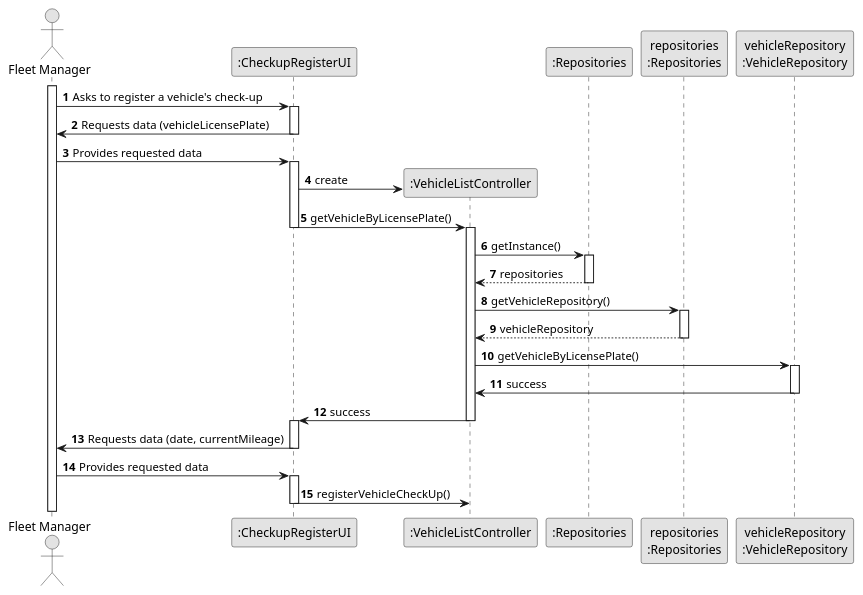
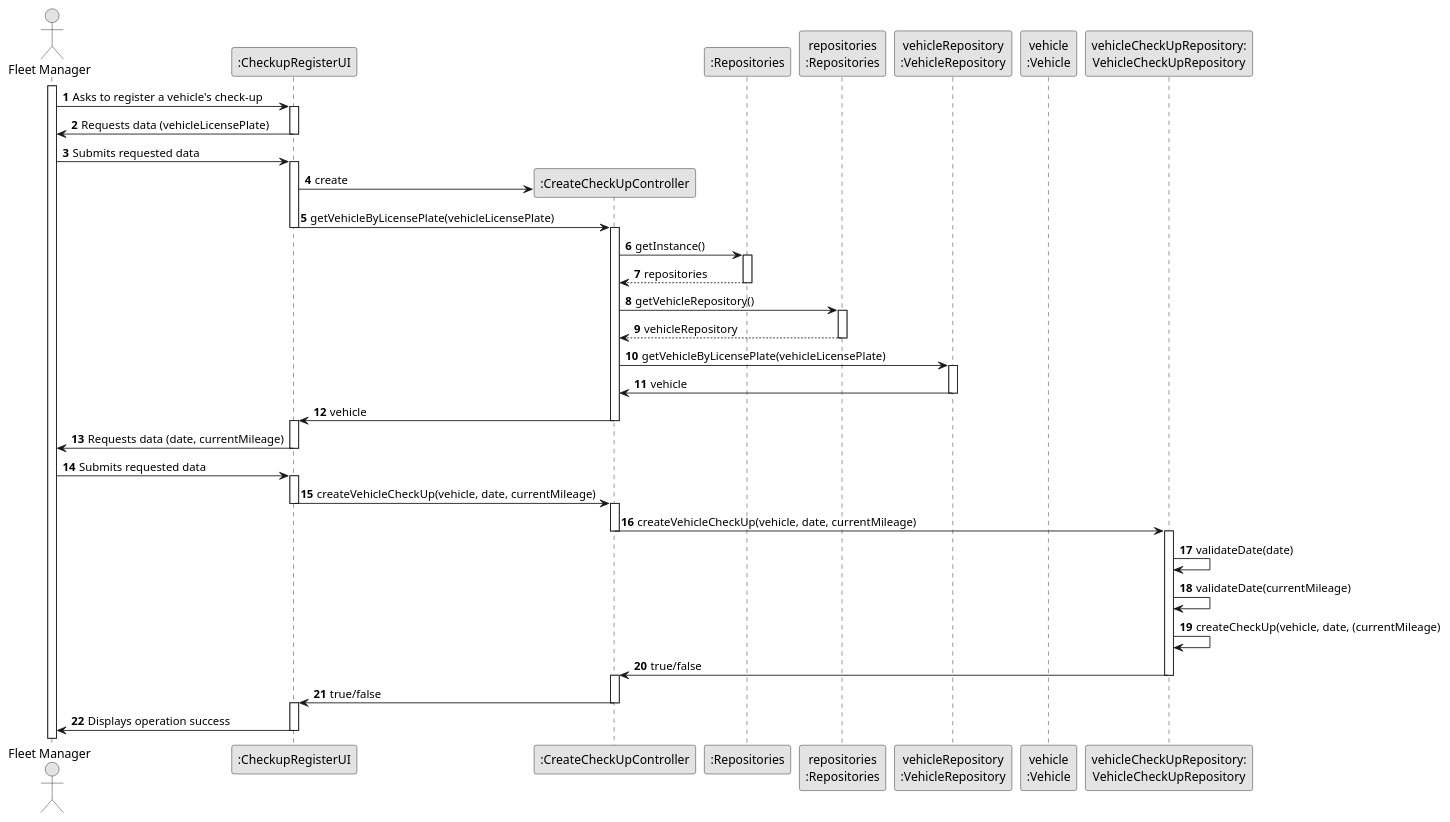
The diagram in docs/sprintB/us007/03.design/puml/us006-sequence-diagram-full.puml (SAEmanuel/Green_Spaces_Management_ISEP), drawn with PlantUML before and after one commit.

Commit message:
US07: Design update

```diff
--- a/docs/sprintB/us007/03.design/puml/us006-sequence-diagram-full.puml
+++ b/docs/sprintB/us007/03.design/puml/us006-sequence-diagram-full.puml
@@ -1,79 +1,107 @@
 @startuml
 skinparam monochrome true
 skinparam packageStyle rectangle
 skinparam shadowing false
 
 autonumber
 
 actor "Fleet Manager" as FM
 
 participant ":CheckupRegisterUI" as UI
-participant ":VehicleListController" as CTRL
+participant ":CreateCheckUpController" as CTRL
 participant ":Repositories" as RepositorySingleton
 participant "repositories\n:Repositories" as PLAT
 participant "vehicleRepository\n:VehicleRepository" as vehicleRepository
+participant "vehicle\n:Vehicle" as VEHICLE
+participant "vehicleCheckUpRepository:\nVehicleCheckUpRepository" as VehicleCheckUpRepository
 
 activate FM
 
 FM -> UI : Asks to register a vehicle's check-up
 activate UI
 
 UI -> FM : Requests data (vehicleLicensePlate)
 deactivate UI
 
-FM -> UI : Provides requested data
+FM -> UI : Submits requested data
 activate UI
 
 UI -> CTRL** : create
 
-UI -> CTRL : getVehicleByLicensePlate()
+UI -> CTRL : getVehicleByLicensePlate(vehicleLicensePlate)
 
 deactivate UI
 
 activate CTRL
 CTRL -> RepositorySingleton : getInstance()
 activate RepositorySingleton
 
 RepositorySingleton --> CTRL: repositories
 deactivate RepositorySingleton
 
 CTRL -> PLAT : getVehicleRepository()
 activate PLAT
 
 PLAT --> CTRL: vehicleRepository
 deactivate PLAT
 
-CTRL -> vehicleRepository : getVehicleByLicensePlate()
+CTRL -> vehicleRepository : getVehicleByLicensePlate(vehicleLicensePlate)
 
 activate vehicleRepository
 
-vehicleRepository -> CTRL : success
+vehicleRepository -> CTRL : vehicle
 deactivate vehicleRepository
 
 
-CTRL -> UI : success
+CTRL -> UI : vehicle
 deactivate CTRL
 
 activate UI
 
 UI -> FM : Requests data (date, currentMileage)
 deactivate UI
 
-FM -> UI : Provides requested data
+FM -> UI : Submits requested data
 activate UI
 
-UI -> CTRL : registerVehicleCheckUp()
+UI -> CTRL : createVehicleCheckUp(vehicle, date, currentMileage)
+deactivate UI
+activate CTRL
+
+CTRL -> VehicleCheckUpRepository : createVehicleCheckUp(vehicle, date, currentMileage)
+deactivate CTRL
+activate VehicleCheckUpRepository
+
+
+VehicleCheckUpRepository -> VehicleCheckUpRepository : validateDate(date)
+VehicleCheckUpRepository -> VehicleCheckUpRepository : validateDate(currentMileage)
+VehicleCheckUpRepository -> VehicleCheckUpRepository : createCheckUp(vehicle, date, (currentMileage)
+
+VehicleCheckUpRepository -> CTRL : true/false
+
+deactivate VehicleCheckUpRepository
+
+
+activate CTRL
+
+CTRL -> UI : true/false
+deactivate CTRL
+activate UI
+
+
+UI -> FM : Displays operation success
 deactivate UI
 
 
 
 
 
 
 
 
 
 
 
 
+
 @enduml
```
